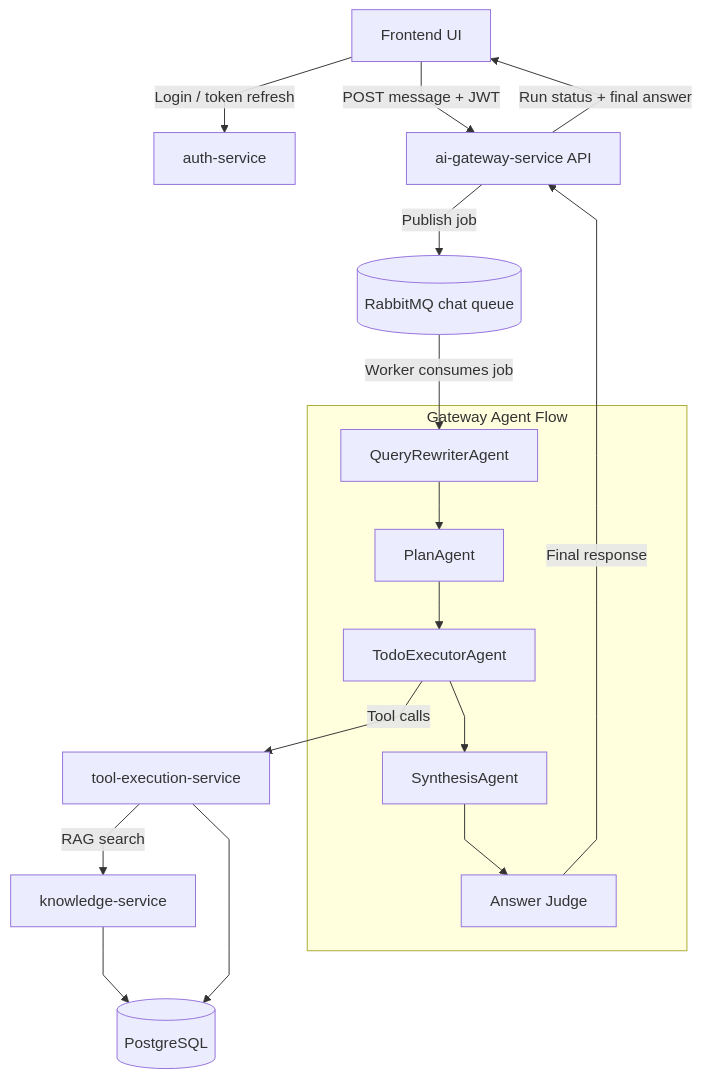
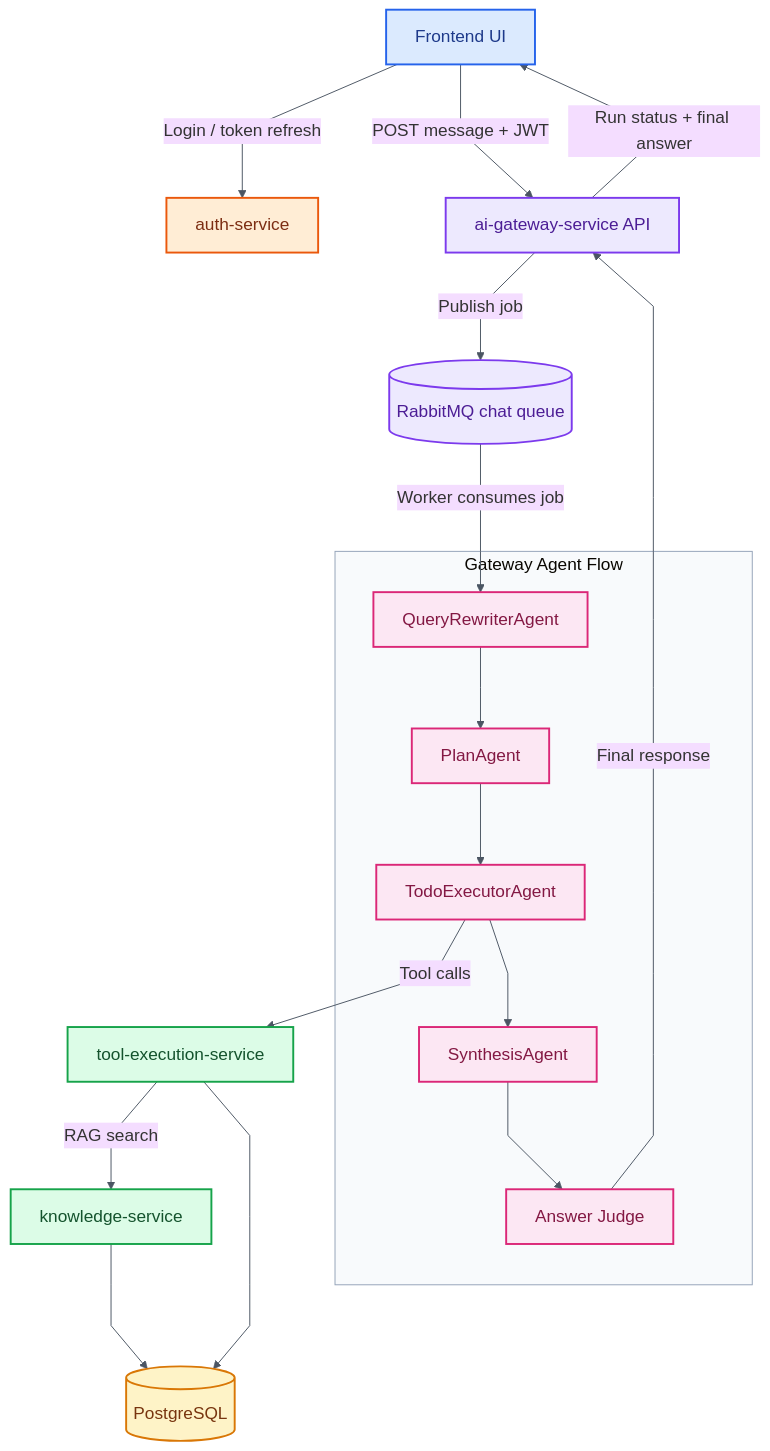
One commit to Danilka-Akarawita/Assignment changed the second of 2 diagrams in README.md. Above: the diagram before and after it, drawn with Mermaid. The commit also changed other lines of this file, not shown here.

Commit message:
refactored the digram

````diff
--- a/README.md
+++ b/README.md
@@ -116,35 +128,49 @@
 ```mermaid
-%%{init: {'flowchart': {'curve':'linear'}}}%%
+%%{init: {'theme':'base','flowchart': {'curve':'linear','nodeSpacing': 60,'rankSpacing': 85},'themeVariables': {'fontFamily':'Arial','fontSize':'18px','lineColor':'#4b5563','clusterBkg':'#f8fafc','clusterBorder':'#94a3b8'}}}%%
 flowchart TB
   UI[Frontend UI]
   AUTH[auth-service]
   API[ai-gateway-service API]
   RMQ[(RabbitMQ chat queue)]
 
   subgraph agents [Gateway Agent Flow]
     QR[QueryRewriterAgent]
     PA[PlanAgent]
     TE[TodoExecutorAgent]
     SA[SynthesisAgent]
     JUDGE[Answer Judge]
   end
 
   TS[tool-execution-service]
   KS[knowledge-service]
   DB[(PostgreSQL)]
 
   UI -->|Login / token refresh| AUTH
   UI -->|POST message + JWT| API
   API -->|Publish job| RMQ
   RMQ -->|Worker consumes job| QR
   QR --> PA
   PA --> TE
   TE -->|Tool calls| TS
   TS -->|RAG search| KS
   KS --> DB
   TS --> DB
   TE --> SA
   SA --> JUDGE
   JUDGE -->|Final response| API
   API -->|Run status + final answer| UI
+
+  classDef ui fill:#dbeafe,stroke:#2563eb,color:#1e3a8a,stroke-width:2px;
+  classDef auth fill:#ffedd5,stroke:#ea580c,color:#7c2d12,stroke-width:2px;
+  classDef gateway fill:#ede9fe,stroke:#7c3aed,color:#4c1d95,stroke-width:2px;
+  classDef agents fill:#fce7f3,stroke:#db2777,color:#831843,stroke-width:2px;
+  classDef services fill:#dcfce7,stroke:#16a34a,color:#14532d,stroke-width:2px;
+  classDef storage fill:#fef3c7,stroke:#d97706,color:#78350f,stroke-width:2px;
+
+  class UI ui;
+  class AUTH auth;
+  class API,RMQ gateway;
+  class QR,PA,TE,SA,JUDGE agents;
+  class TS,KS services;
+  class DB storage;
 ```
````
